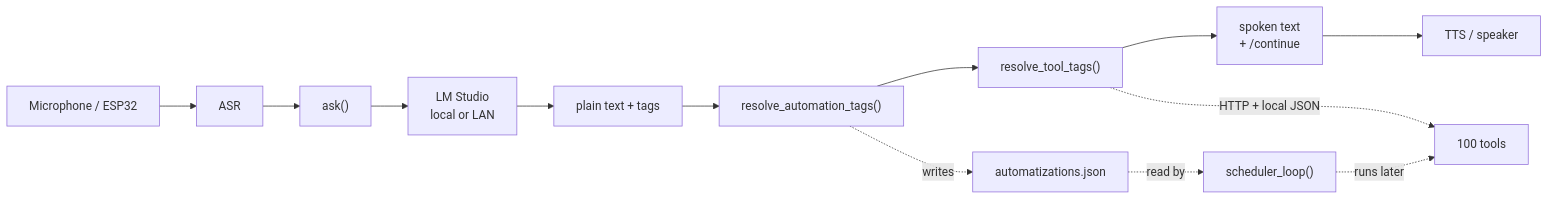
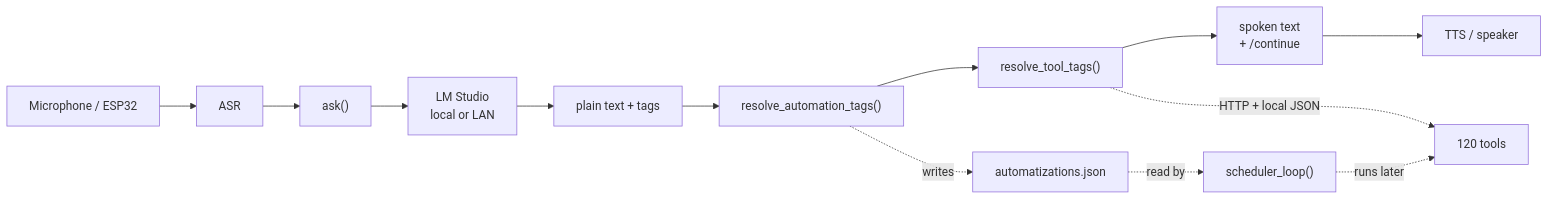
The diagram in LLM/README.md (conzola/kate), drawn with Mermaid before and after one commit. The commit also changed other lines of this file, not shown here.

````diff
--- a/LLM/README.md
+++ b/LLM/README.md
@@ -122,15 +122,15 @@
 ```mermaid
 flowchart LR
     A["Microphone / ESP32"] --> B["ASR"]
     B --> C["ask()"]
     C --> D["LM Studio<br/>local or LAN"]
     D --> E["plain text + tags"]
     E --> F["resolve_automation_tags()"]
     F --> G["resolve_tool_tags()"]
     G --> H["spoken text<br/>+ /continue"]
     H --> I["TTS / speaker"]
-    G -. "HTTP + local JSON" .-> J["100 tools"]
+    G -. "HTTP + local JSON" .-> J["120 tools"]
     F -. "writes" .-> K["automatizations.json"]
     K -. "read by" .-> L["scheduler_loop()"]
     L -. "runs later" .-> J
 ```
````
